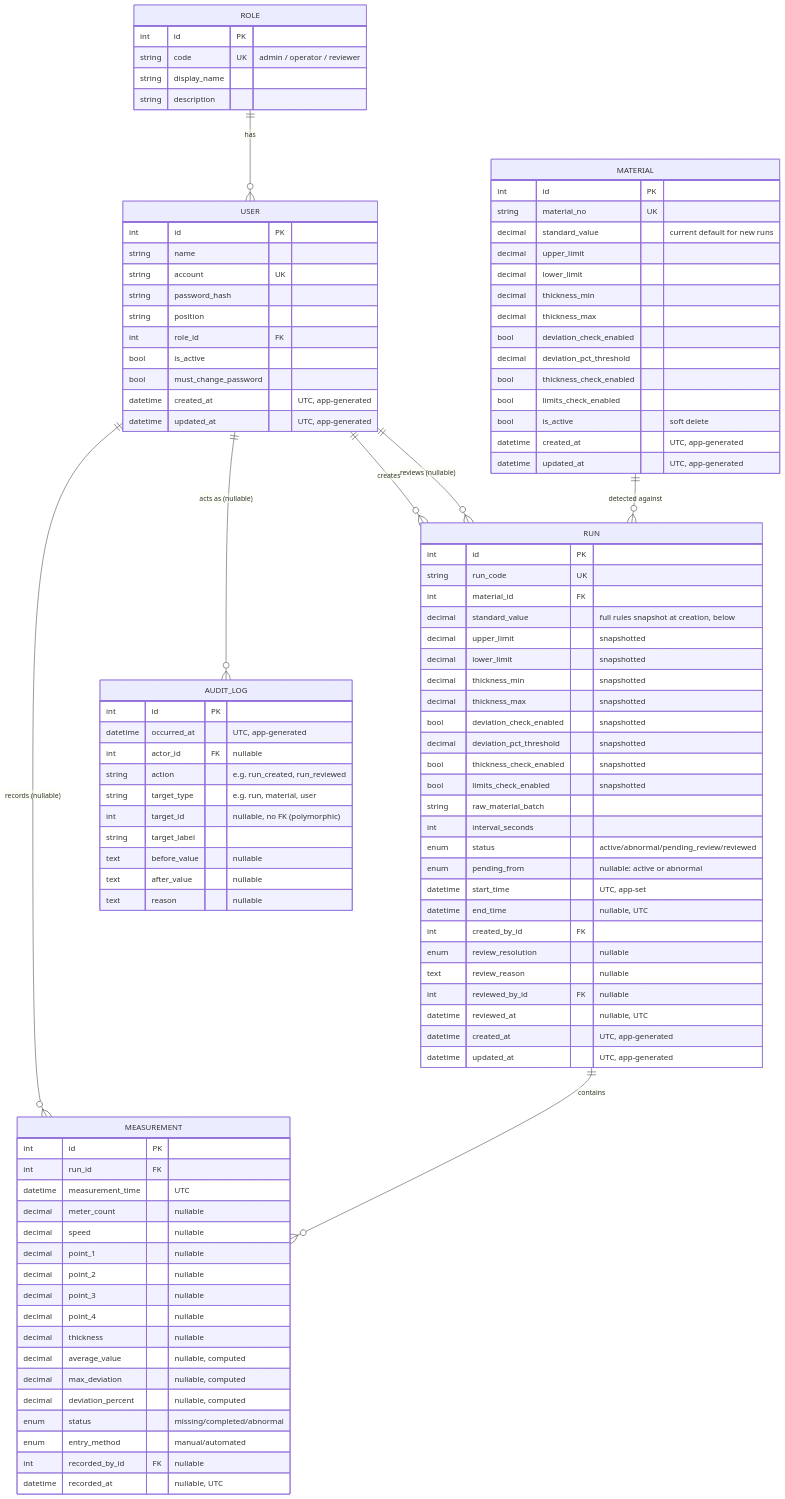
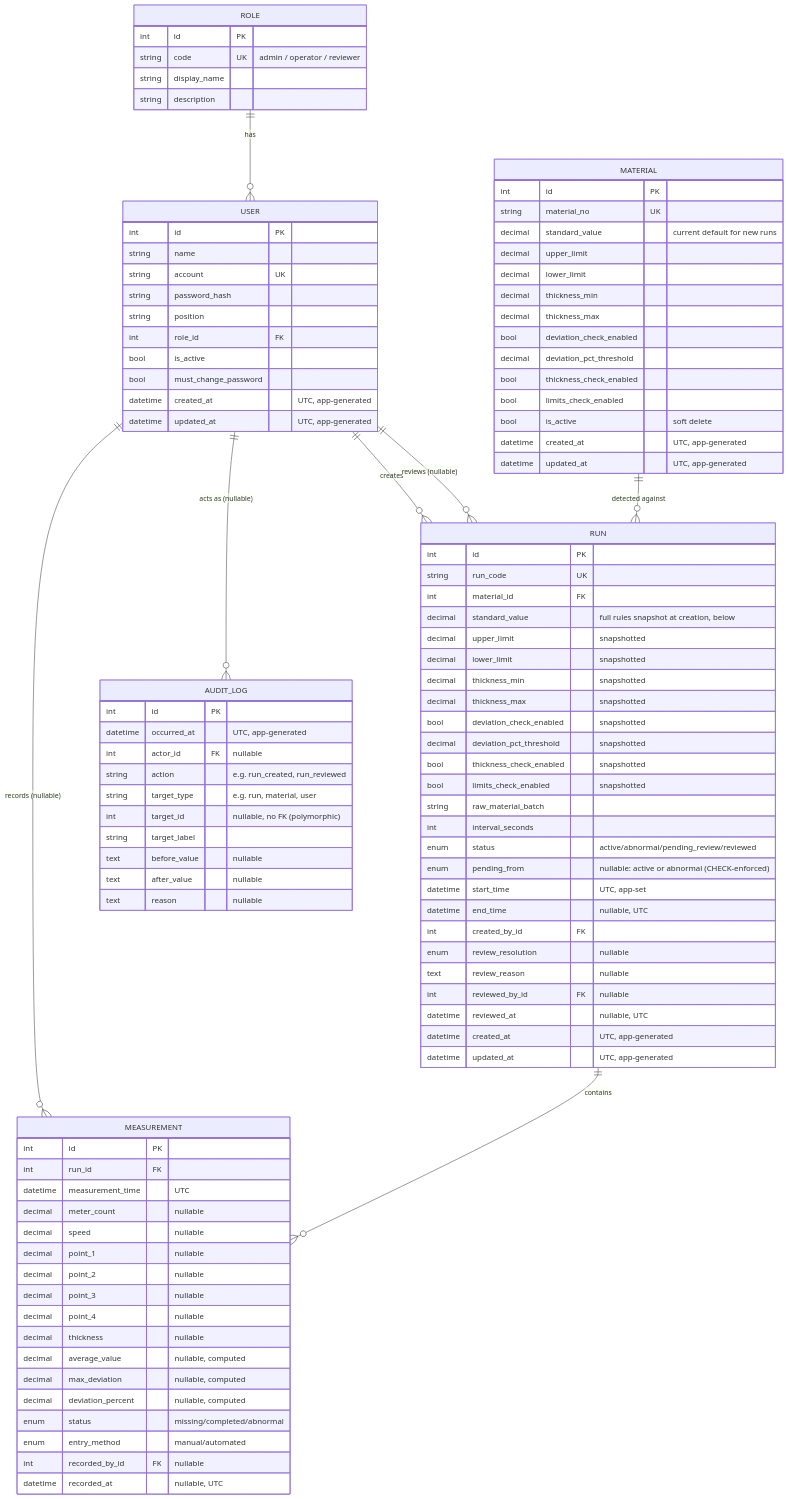
Before and after one commit to Larinx-JC/ProLog: the first of 2 diagrams in docs/data-model.md, drawn with Mermaid. The commit also changed other lines of this file and 9 other files, not shown here.

```diff
--- a/docs/data-model.md
+++ b/docs/data-model.md
@@ -62,7 +62,7 @@
         string raw_material_batch
         int interval_seconds
         enum status "active/abnormal/pending_review/reviewed"
-        enum pending_from "nullable: active or abnormal"
+        enum pending_from "nullable: active or abnormal (CHECK-enforced)"
         datetime start_time "UTC, app-set"
         datetime end_time "nullable, UTC"
         int created_by_id FK
```
